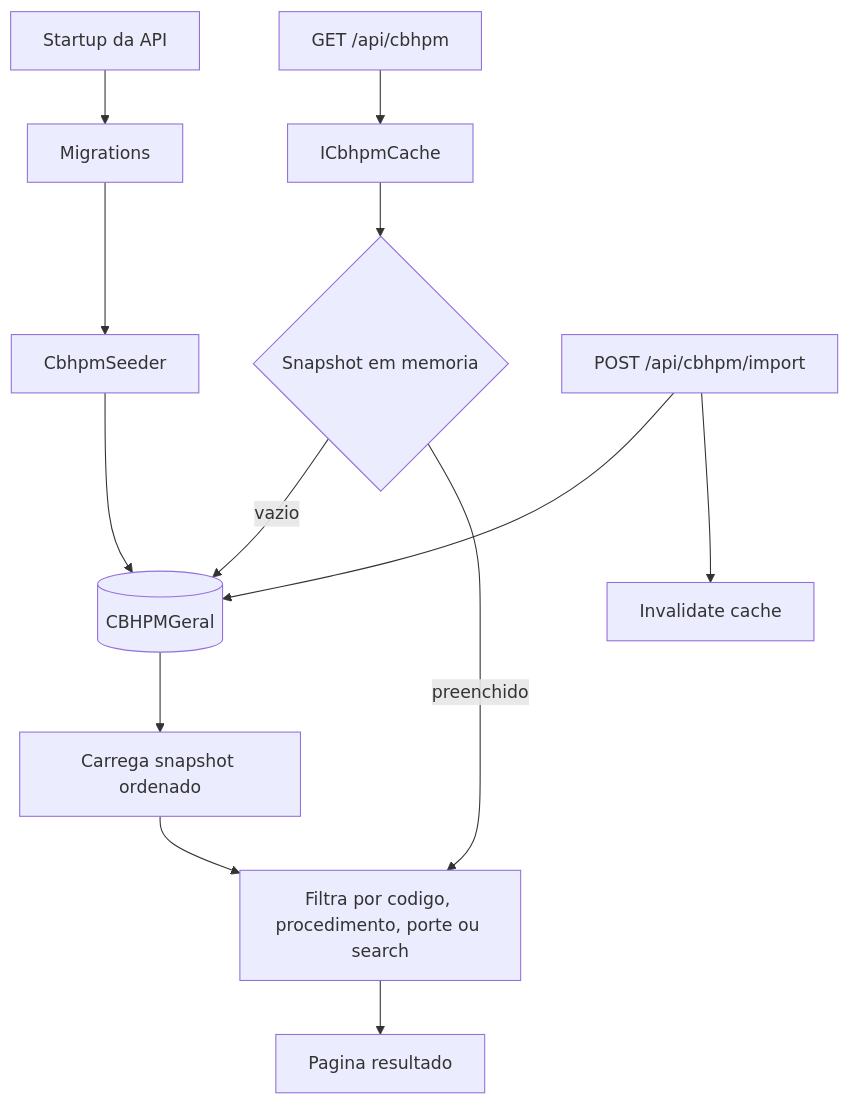
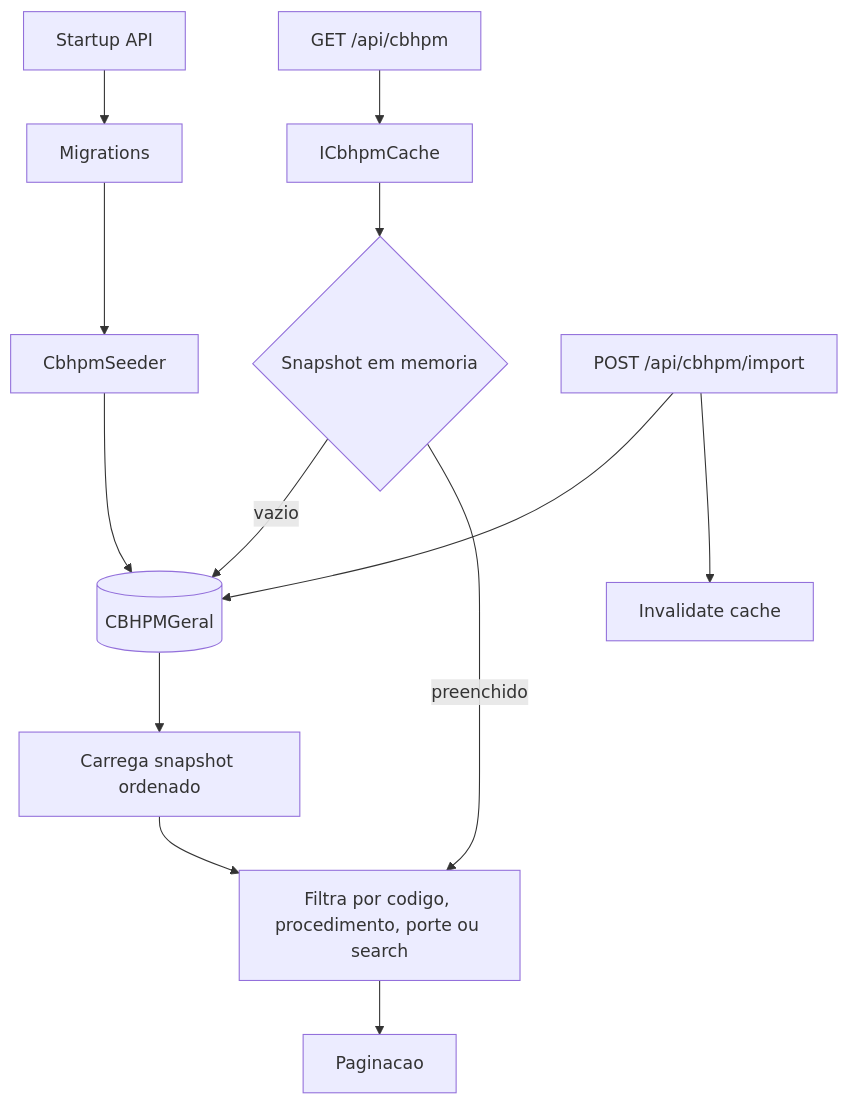
One commit to Hemodinks/hemodinks-api changed the sixth of 6 diagrams in docs/TECHNICAL_DOCUMENTATION.md. Above: the diagram before and after it, drawn with Mermaid. The commit also changed other lines of this file and 7 other files, not shown here.

````diff
--- a/docs/TECHNICAL_DOCUMENTATION.md
+++ b/docs/TECHNICAL_DOCUMENTATION.md
@@ -249,15 +200,15 @@
 ```mermaid
 flowchart TD
-    Startup[Startup da API] --> Migration[Migrations]
+    Startup[Startup API] --> Migration[Migrations]
     Migration --> Seed[CbhpmSeeder]
     Seed --> Table[(CBHPMGeral)]
     Request[GET /api/cbhpm] --> Cache[ICbhpmCache]
     Cache --> Memory{Snapshot em memoria}
     Memory -- vazio --> Table
     Table --> Snapshot[Carrega snapshot ordenado]
     Snapshot --> Filter[Filtra por codigo, procedimento, porte ou search]
     Memory -- preenchido --> Filter
-    Filter --> Pagination[Pagina resultado]
+    Filter --> Pagination[Paginacao]
     Import[POST /api/cbhpm/import] --> Table
     Import --> Invalidate[Invalidate cache]
 ```
````
